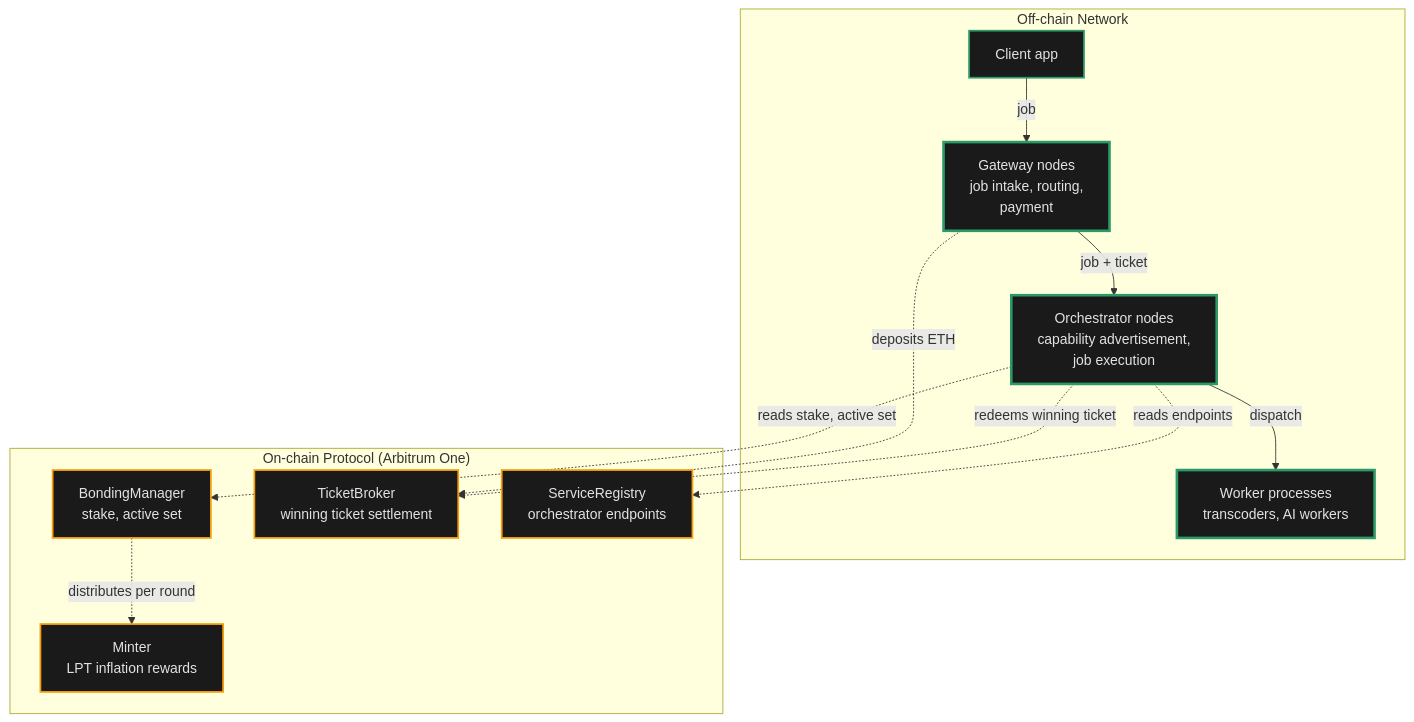
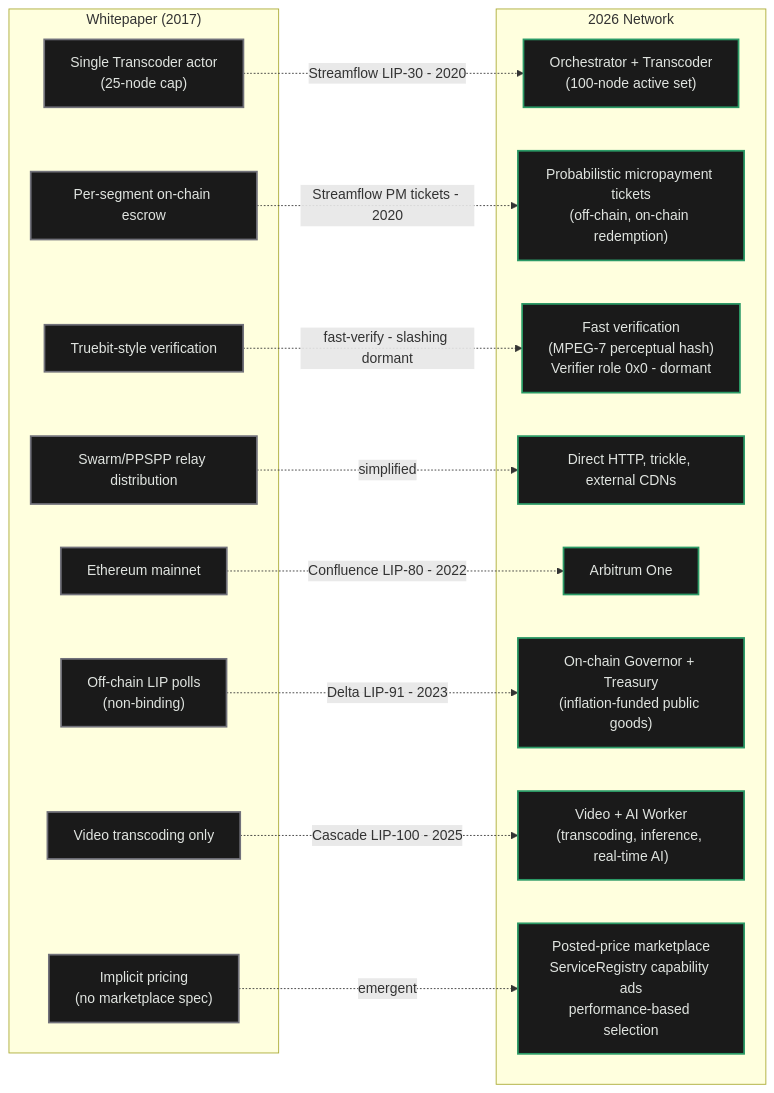
Before and after one commit to livepeer/docs: the diagram in v2/about/network/design.mdx, drawn with Mermaid. The commit also changed other lines of this file and 7650 other files, not shown here.

````diff
--- a/v2/about/network/design.mdx
+++ b/v2/about/network/design.mdx
@@ -130,30 +111,37 @@
 ```mermaid
 %%{init: {'theme': 'base', 'themeVariables': { 'primaryColor': '#1a1a1a', 'primaryTextColor': '#E0E4E0', 'primaryBorderColor': '#2b9a66', 'lineColor': '#2b9a66', 'secondaryColor': '#0d0d0d', 'tertiaryColor': '#1a1a1a', 'background': '#0d0d0d', 'fontFamily': "Inter, 'Inter Fallback', -apple-system, system-ui" }}}%%
-flowchart TB
-    classDef default fill:#1a1a1a,color:#E0E4E0,stroke:#2b9a66,stroke-width:2px
-    classDef net fill:#1a1a1a,color:#E0E4E0,stroke:#2b9a66,stroke-width:3px
-    classDef chain fill:#1a1a1a,color:#E0E4E0,stroke:#f59e0b,stroke-width:2px
+flowchart LR
+    classDef old fill:#1a1a1a,color:#E0E4E0,stroke:#71717a,stroke-width:2px
+    classDef new fill:#1a1a1a,color:#E0E4E0,stroke:#2b9a66,stroke-width:2px
 
-    subgraph OffChain["Off-chain Network"]
-        Client["Client app"]:::default
-        Gateway["Gateway nodes<br/>job intake, routing,<br/>payment"]:::net
-        Orch["Orchestrator nodes<br/>capability advertisement,<br/>job execution"]:::net
-        Workers["Worker processes<br/>transcoders, AI workers"]:::net
+    subgraph Designed["Whitepaper (2017)"]
+        D1["Single Transcoder actor<br/>(25-node cap)"]:::old
+        D2["Per-segment on-chain escrow"]:::old
+        D3["Truebit-style verification"]:::old
+        D4["Swarm/PPSPP relay distribution"]:::old
+        D5["Ethereum mainnet"]:::old
+        D6["Off-chain LIP polls<br/>(non-binding)"]:::old
+        D7["Video transcoding only"]:::old
+        D8["Implicit pricing<br/>(no marketplace spec)"]:::old
     end
 
-    subgraph OnChain["On-chain Protocol (Arbitrum One)"]
-        Bond["BondingManager<br/>stake, active set"]:::chain
-        Broker["TicketBroker<br/>winning ticket settlement"]:::chain
-        Registry["ServiceRegistry<br/>orchestrator endpoints"]:::chain
-        Minter["Minter<br/>LPT inflation rewards"]:::chain
+    subgraph Running["2026 Network"]
+        R1["Orchestrator + Transcoder<br/>(100-node active set)"]:::new
+        R2["Probabilistic micropayment tickets<br/>(off-chain, on-chain redemption)"]:::new
+        R3["Fast verification<br/>(MPEG-7 perceptual hash)<br/>Verifier role 0x0 - dormant"]:::new
+        R4["Direct HTTP, trickle, external CDNs"]:::new
+        R5["Arbitrum One"]:::new
+        R6["On-chain Governor + Treasury<br/>(inflation-funded public goods)"]:::new
+        R7["Video + AI Worker<br/>(transcoding, inference, real-time AI)"]:::new
+        R8["Posted-price marketplace<br/>ServiceRegistry capability ads<br/>performance-based selection"]:::new
     end
 
-    Client -->|job| Gateway
-    Gateway -->|job + ticket| Orch
-    Orch -->|dispatch| Workers
-    Orch -.->|reads stake, active set| Bond
-    Gateway -.->|deposits ETH| Broker
-    Orch -.->|redeems winning ticket| Broker
-    Orch -.->|reads endpoints| Registry
-    Bond -.->|distributes per round| Minter
+    D1 -.->|Streamflow LIP-30 - 2020| R1
+    D2 -.->|Streamflow PM tickets - 2020| R2
+    D3 -.->|fast-verify - slashing dormant| R3
+    D4 -.->|simplified| R4
+    D5 -.->|Confluence LIP-80 - 2022| R5
+    D6 -.->|Delta LIP-91 - 2023| R6
+    D7 -.->|Cascade LIP-100 - 2025| R7
+    D8 -.->|emergent| R8
 ```
````
